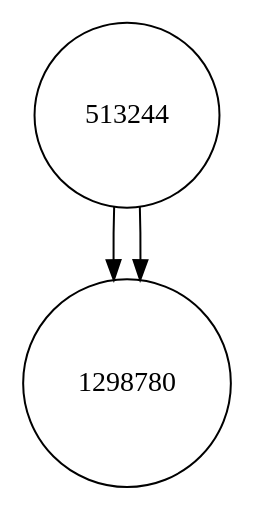
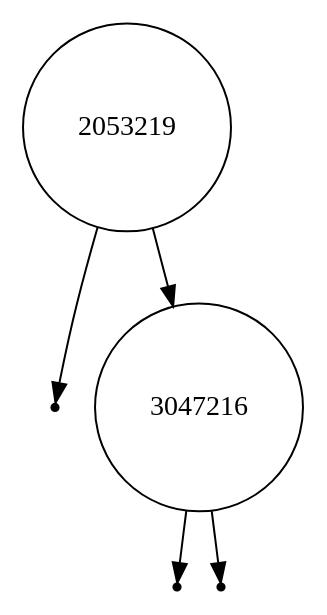
One commit to EstebanDeLaHoz0501/Laboratorio1ED2 changed the diagram in arbol.dot. Above: the diagram before and after it, drawn with Graphviz. The commit also changed 23 other files, not shown here.

```diff
--- a/arbol.dot
+++ b/arbol.dot
@@ -1,5 +1,13 @@
 digraph AVL {
 node [shape=circle];
-513244 -> 1298780;
-513244 -> 1298780;
+rankdir=TB;
+2053219;
+nullL2053219 [shape=point];
+2053219 -> nullL2053219;
+2053219 -> 3047216;
+3047216;
+nullL3047216 [shape=point];
+3047216 -> nullL3047216;
+nullR3047216 [shape=point];
+3047216 -> nullR3047216;
 }
```
